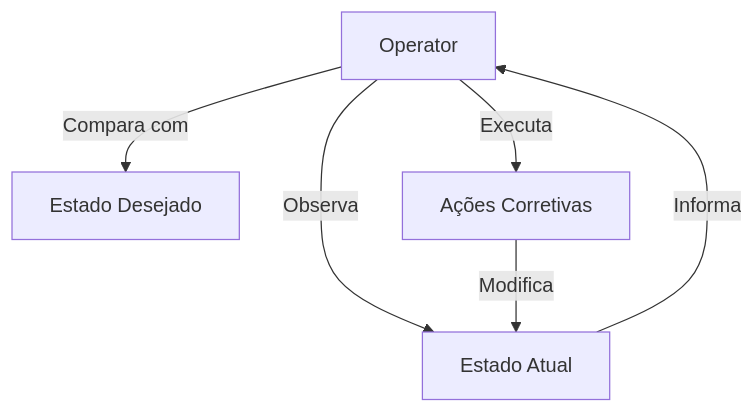
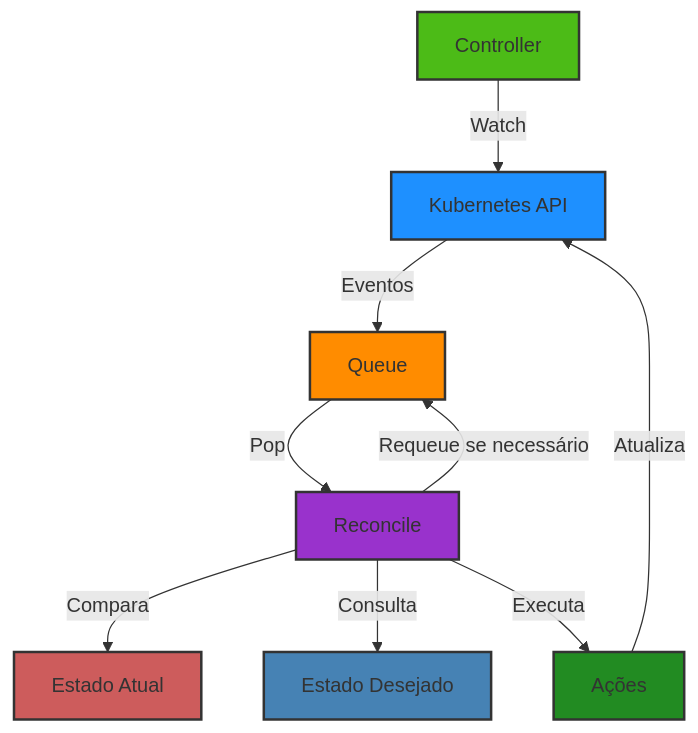
Before and after one commit to cloud104/tcloud-devops-k8s-operators-training: the diagram in docs/01-conceitos-basicos.md, drawn with Mermaid. The commit also changed other lines of this file and 1 other file, not shown here.

````diff
--- a/docs/01-conceitos-basicos.md
+++ b/docs/01-conceitos-basicos.md
@@ -59,8 +86,19 @@
 ```mermaid
 graph TD
-    A[Operator] -->|Observa| B[Estado Atual]
-    A -->|Compara com| C[Estado Desejado]
-    A -->|Executa| D[Ações Corretivas]
-    B -->|Informa| A
-    D -->|Modifica| B
+    A[Controller] -->|Watch| B[Kubernetes API]
+    B -->|Eventos| C[Queue]
+    C -->|Pop| D[Reconcile]
+    D -->|Compara| E[Estado Atual]
+    D -->|Consulta| F[Estado Desejado]
+    D -->|Executa| G[Ações]
+    G -->|Atualiza| B
+    D -->|Requeue se necessário| C
+    
+    style A fill:#4CBB17,stroke:#333,stroke-width:2px
+    style B fill:#1E90FF,stroke:#333,stroke-width:2px
+    style C fill:#FF8C00,stroke:#333,stroke-width:2px
+    style D fill:#9932CC,stroke:#333,stroke-width:2px
+    style E fill:#CD5C5C,stroke:#333,stroke-width:2px
+    style F fill:#4682B4,stroke:#333,stroke-width:2px
+    style G fill:#228B22,stroke:#333,stroke-width:2px
 ```
````
